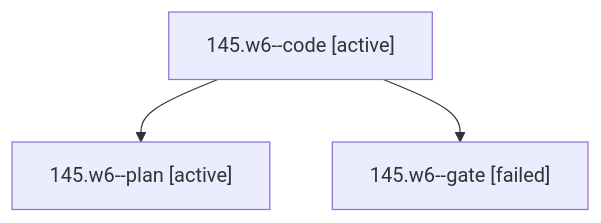
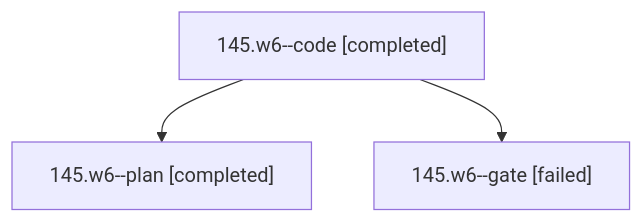
Before and after one commit to bobs-org/bob-cli--agents: the diagram in sessions/bbugyi200.athena.145.w6.md, drawn with Mermaid. The commit also changed other lines of this file and 47 other files, not shown here.

````diff
--- a/sessions/bbugyi200.athena.145.w6.md
+++ b/sessions/bbugyi200.athena.145.w6.md
@@ -9,8 +9,8 @@
 ```mermaid
 flowchart TD
-  n0["145.w6--code [active]"]
-  n1["145.w6--plan [active]"]
+  n0["145.w6--code [completed]"]
+  n1["145.w6--plan [completed]"]
   n0 --> n1
   n2["145.w6--gate [failed]"]
   n0 --> n2
 ```
````
